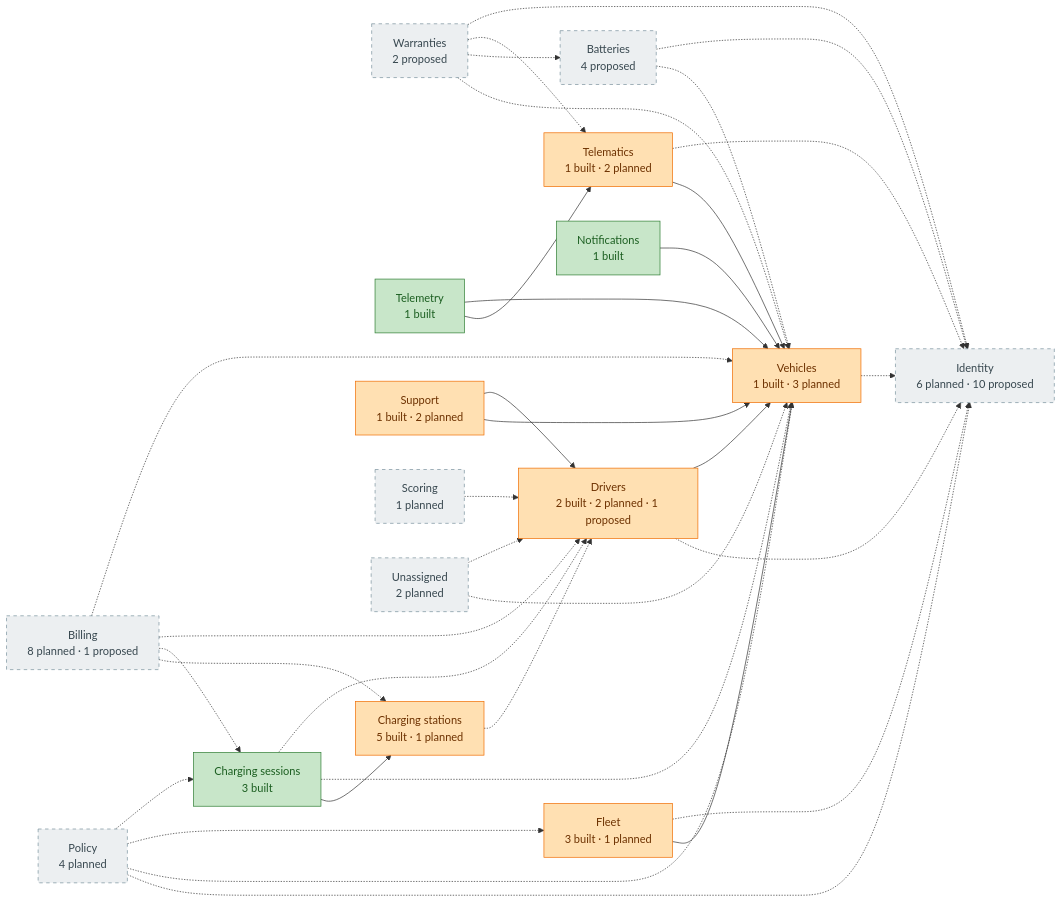
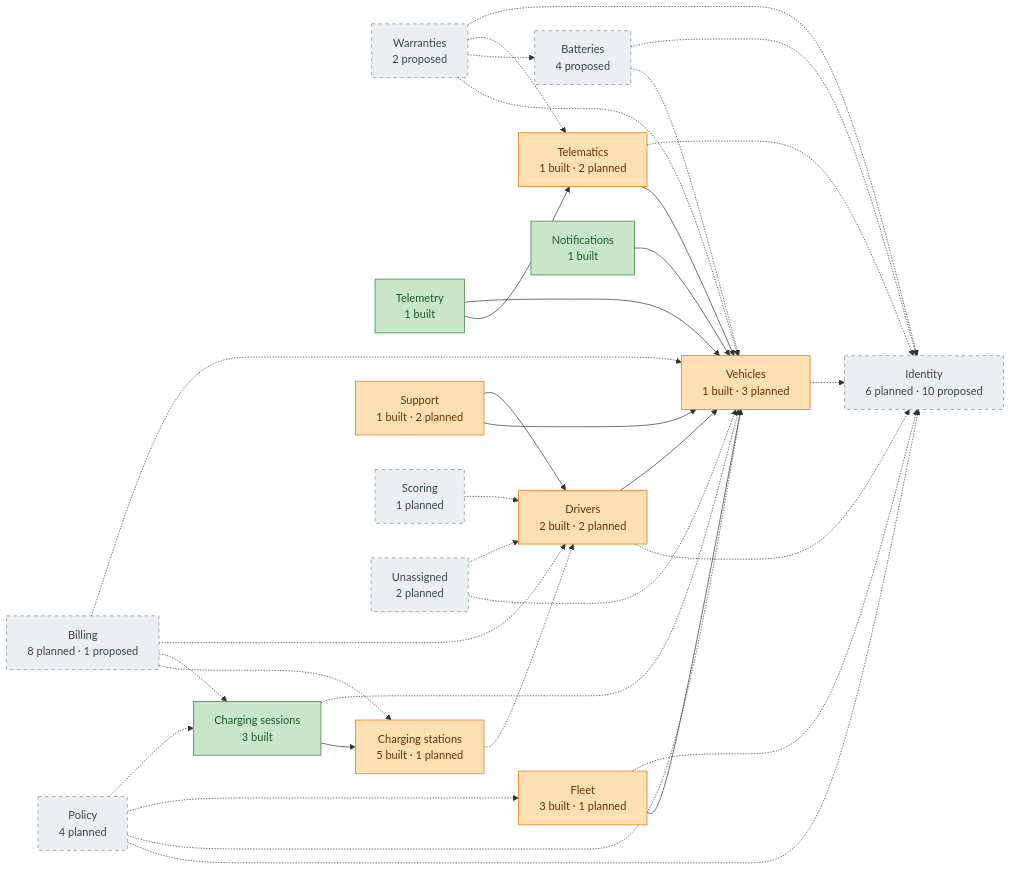
Before and after one commit to yolo-coccoc/G3Network-app: the diagram in docs/design/domain-model/overview.md, drawn with Mermaid. The commit also changed other lines of this file and 18 other files, not shown here.

````diff
--- a/docs/design/domain-model/overview.md
+++ b/docs/design/domain-model/overview.md
@@ -28,55 +28,54 @@
 ```mermaid
 flowchart LR
   identity["Identity<br/>6 planned · 10 proposed"]:::planned
   vehicles["Vehicles<br/>1 built · 3 planned"]:::partial
   batteries["Batteries<br/>4 proposed"]:::planned
   warranties["Warranties<br/>2 proposed"]:::planned
   telematics["Telematics<br/>1 built · 2 planned"]:::partial
   telemetry["Telemetry<br/>1 built"]:::built
-  drivers["Drivers<br/>2 built · 2 planned · 1 proposed"]:::partial
+  drivers["Drivers<br/>2 built · 2 planned"]:::partial
   fleet["Fleet<br/>3 built · 1 planned"]:::partial
   charging_stations["Charging stations<br/>5 built · 1 planned"]:::partial
   charging_sessions["Charging sessions<br/>3 built"]:::built
   notifications["Notifications<br/>1 built"]:::built
   support["Support<br/>1 built · 2 planned"]:::partial
   policy["Policy<br/>4 planned"]:::planned
   billing["Billing<br/>8 planned · 1 proposed"]:::planned
   scoring["Scoring<br/>1 planned"]:::planned
   unassigned["Unassigned<br/>2 planned"]:::planned
   batteries -.-> vehicles
   warranties -.-> vehicles
   warranties -.-> batteries
   warranties -.-> telematics
   telematics --> vehicles
   telemetry --> telematics
   telemetry --> vehicles
   drivers -.-> identity
   drivers --> vehicles
   fleet --> vehicles
   fleet -.-> identity
   charging_stations -.-> drivers
   charging_sessions --> charging_stations
   charging_sessions -.-> vehicles
-  charging_sessions -.-> drivers
   notifications --> vehicles
   support --> vehicles
   support --> drivers
   policy -.-> identity
   policy -.-> vehicles
   policy -.-> fleet
   policy -.-> charging_sessions
   billing -.-> charging_stations
   billing -.-> charging_sessions
   billing -.-> drivers
   billing -.-> vehicles
   scoring -.-> drivers
   unassigned -.-> vehicles
   unassigned -.-> drivers
   vehicles -.-> identity
   batteries -.-> identity
   warranties -.-> identity
   telematics -.-> identity
   classDef built fill:#C8E6C9,stroke:#2E7D32,color:#1B5E20
   classDef partial fill:#FFE0B2,stroke:#EF6C00,color:#6D3100
   classDef planned fill:#ECEFF1,stroke:#78909C,color:#37474F,stroke-dasharray:5 5
 ```
````
